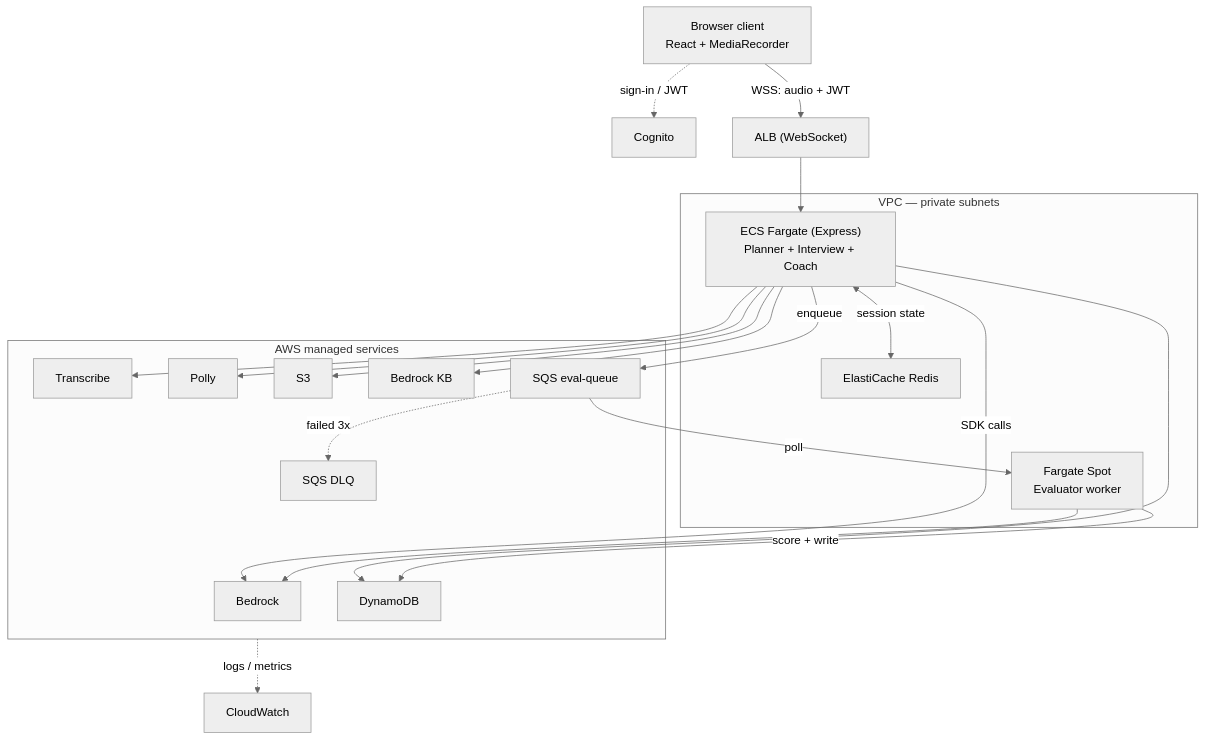
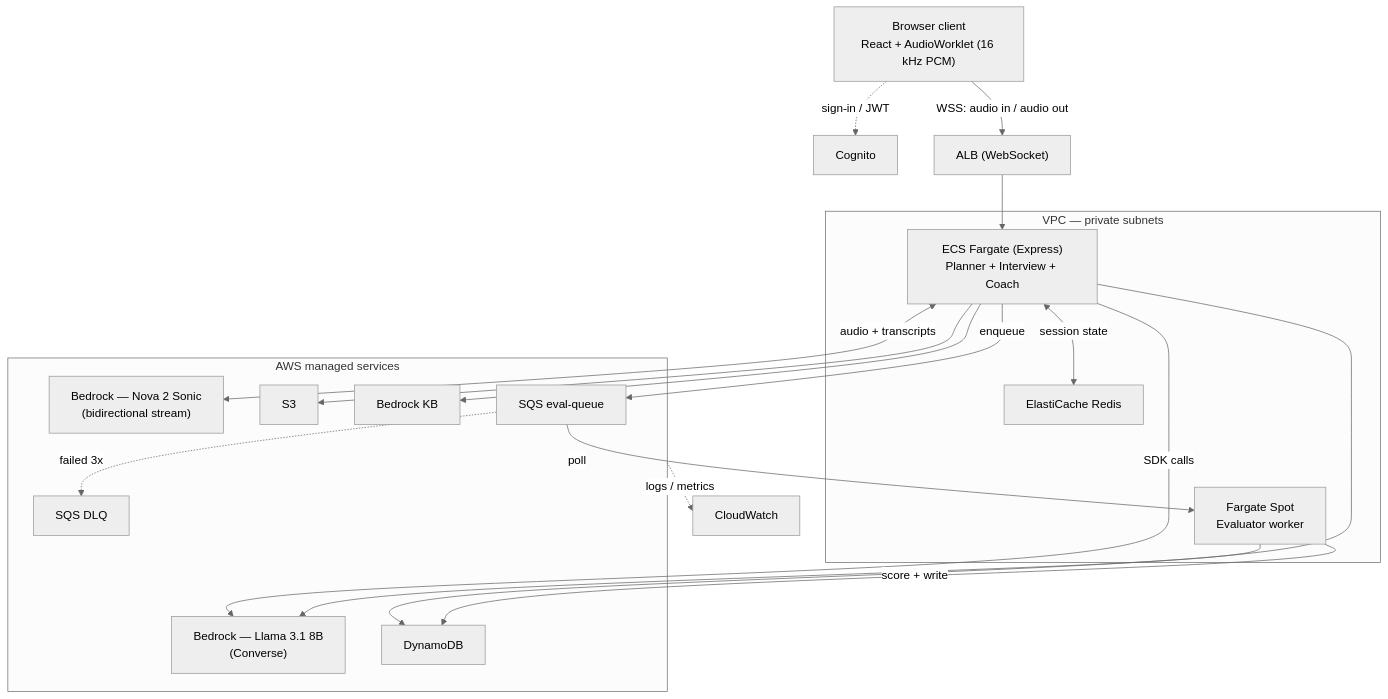
Before and after one commit to Tharun2331/Mock_Interview_Platform: the diagram in my-turborepo/docs/architecture/Overview.md, drawn with Mermaid (neutral theme). The commit also changed other lines of this file and 46 other files, not shown here.

````diff
--- a/my-turborepo/docs/architecture/Overview.md
+++ b/my-turborepo/docs/architecture/Overview.md
@@ -91,39 +101,37 @@
 ```mermaid
 flowchart TB
-    Client["Browser client<br/>React + MediaRecorder"] -.->|sign-in / JWT| Cognito["Cognito"]
-    Client -->|WSS: audio + JWT| ALB["ALB (WebSocket)"]
+    Client["Browser client<br/>React + AudioWorklet (16 kHz PCM)"] -.->|sign-in / JWT| Cognito["Cognito"]
+    Client -->|WSS: audio in / audio out| ALB["ALB (WebSocket)"]
 
     subgraph VPC["VPC — private subnets"]
         ECS["ECS Fargate (Express)<br/>Planner + Interview + Coach"]
         Redis["ElastiCache Redis"]
         Worker["Fargate Spot<br/>Evaluator worker"]
         ECS <-->|session state| Redis
     end
 
     ALB --> ECS
 
     subgraph AWS["AWS managed services"]
-        Bedrock
-        Transcribe
-        Polly
+        Sonic["Bedrock — Nova 2 Sonic<br/>(bidirectional stream)"]
+        Bedrock["Bedrock — Llama 3.1 8B<br/>(Converse)"]
         DynamoDB
         S3
         KB["Bedrock KB"]
         SQS["SQS eval-queue"]
         DLQ["SQS DLQ"]
     end
 
+    ECS <-->|audio + transcripts| Sonic
     ECS -->|SDK calls| Bedrock
-    ECS --> Transcribe
-    ECS --> Polly
     ECS --> DynamoDB
     ECS --> S3
     ECS --> KB
     ECS -->|enqueue| SQS
     SQS -->|poll| Worker
     Worker -->|score + write| DynamoDB
     Worker --> Bedrock
     SQS -.->|failed 3x| DLQ
 
     AWS -.->|logs / metrics| CloudWatch
 ```
````
